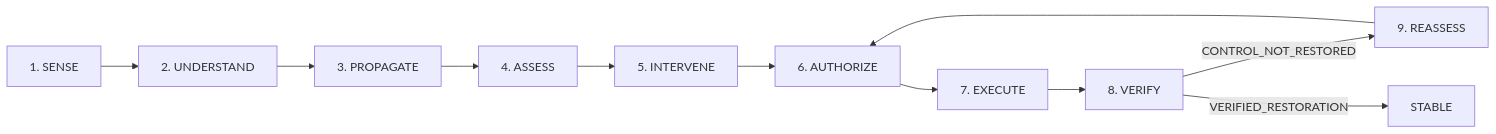
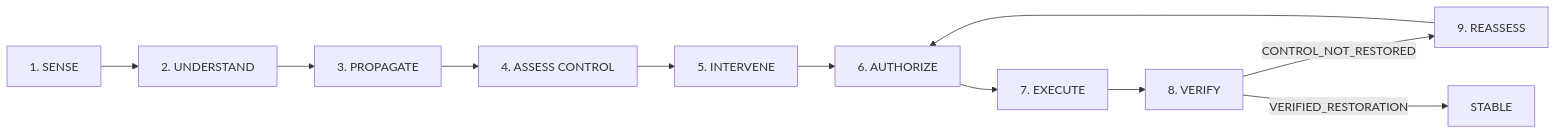
One commit to inesh-2384/datathonproject changed the first of 2 diagrams in README.md. Above: the diagram before and after it, drawn with Mermaid. The commit also changed other lines of this file, not shown here.

````diff
--- a/README.md
+++ b/README.md
@@ -60,13 +78,13 @@
 ```mermaid
 flowchart LR
     Sense["1. SENSE"] --> Understand["2. UNDERSTAND"]
     Understand --> Propagate["3. PROPAGATE"]
-    Propagate --> Assess["4. ASSESS"]
+    Propagate --> Assess["4. ASSESS CONTROL"]
     Assess --> Intervene["5. INTERVENE"]
     Intervene --> Authorize["6. AUTHORIZE"]
     Authorize --> Execute["7. EXECUTE"]
     Execute --> Verify["8. VERIFY"]
     Verify -->|CONTROL_NOT_RESTORED| Reassess["9. REASSESS"]
     Reassess --> Authorize
     Verify -->|VERIFIED_RESTORATION| Stable["STABLE"]
 ```
````
